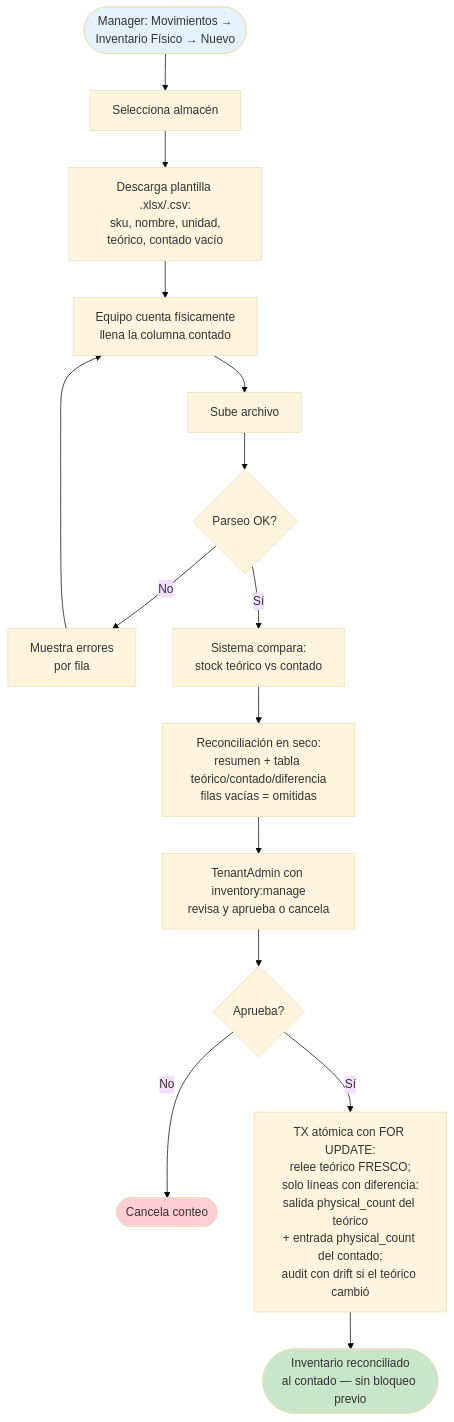
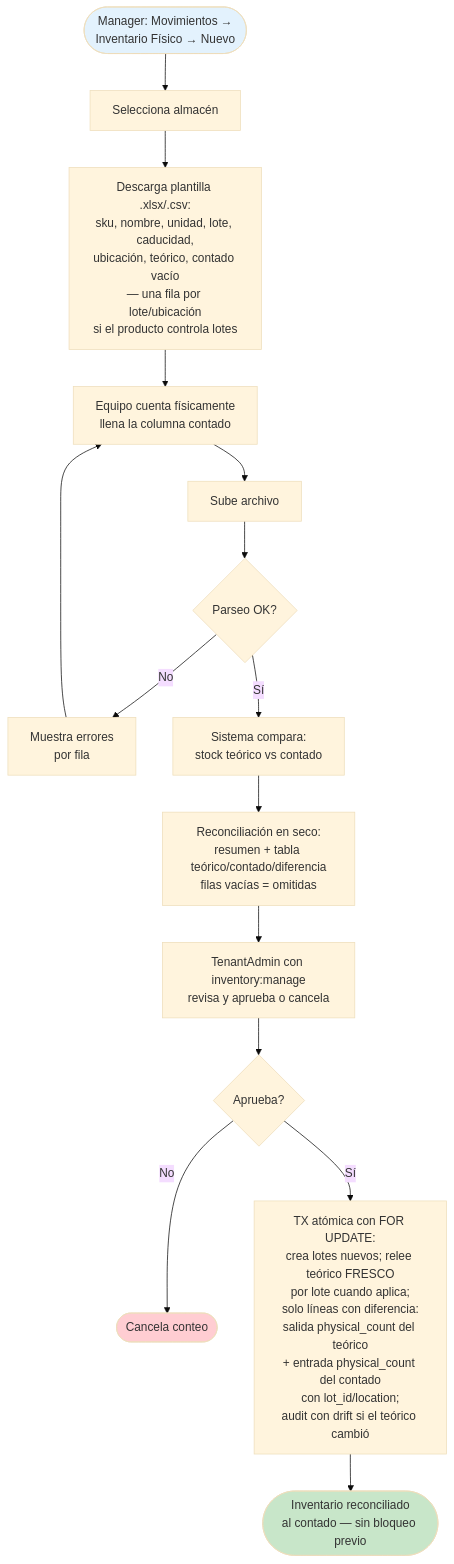
One commit to carloshlm/sellpoint changed the tenth of 12 diagrams in FLUJOS.md. Above: the diagram before and after it, drawn with Mermaid (base theme). The commit also changed other lines of this file and 4 other files, not shown here.

Commit message:
docs(f3): lotes, caducidad y ubicacion entran a la fase con modelo de dos niveles y fefo

````diff
--- a/FLUJOS.md
+++ b/FLUJOS.md
@@ -429,23 +429,23 @@
 ```mermaid
 flowchart TD
     Start([Manager: Movimientos →<br/>Inventario Físico → Nuevo]) --> SelWh[Selecciona almacén]
-    SelWh --> Template[Descarga plantilla .xlsx/.csv:<br/>sku, nombre, unidad,<br/>teórico, contado vacío]
+    SelWh --> Template[Descarga plantilla .xlsx/.csv:<br/>sku, nombre, unidad, lote, caducidad,<br/>ubicación, teórico, contado vacío<br/>— una fila por lote/ubicación<br/>si el producto controla lotes]
     Template --> Count[Equipo cuenta físicamente<br/>llena la columna contado]
     Count --> Upload[Sube archivo]
 
     Upload --> ParseFile{Parseo OK?}
     ParseFile -->|No| Errors[Muestra errores<br/>por fila]
     Errors --> Count
     ParseFile -->|Sí| Reconcile[Sistema compara:<br/>stock teórico vs contado]
 
     Reconcile --> ShowReport[Reconciliación en seco:<br/>resumen + tabla teórico/contado/diferencia<br/>filas vacías = omitidas]
     ShowReport --> Review[TenantAdmin con inventory:manage<br/>revisa y aprueba o cancela]
     Review --> Approve{Aprueba?}
     Approve -->|No| Cancel([Cancela conteo])
-    Approve -->|Sí| TX[TX atómica con FOR UPDATE:<br/>relee teórico FRESCO;<br/>solo líneas con diferencia:<br/>salida physical_count del teórico<br/>+ entrada physical_count del contado;<br/>audit con drift si el teórico cambió]
+    Approve -->|Sí| TX[TX atómica con FOR UPDATE:<br/>crea lotes nuevos; relee teórico FRESCO<br/>por lote cuando aplica;<br/>solo líneas con diferencia:<br/>salida physical_count del teórico<br/>+ entrada physical_count del contado<br/>con lot_id/location;<br/>audit con drift si el teórico cambió]
     TX --> Done([Inventario reconciliado<br/>al contado — sin bloqueo previo])
 
     style Start fill:#e3f2fd
     style Done fill:#c8e6c9
     style Cancel fill:#ffcdd2
 ```
````
